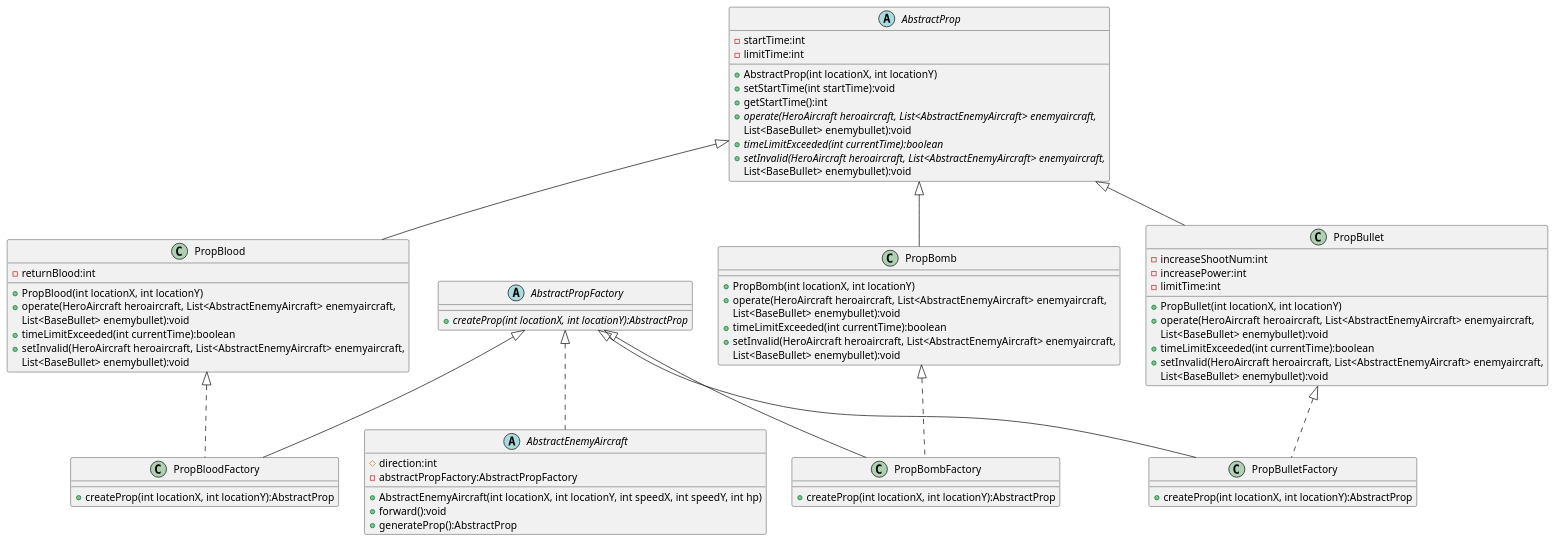
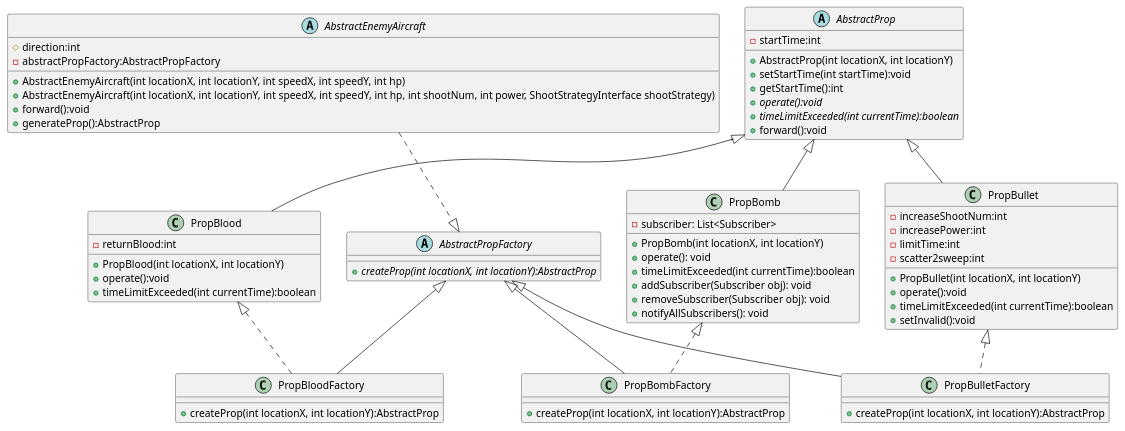
The diagram in uml/PropFactory.puml (2020lwh567/AircraftWar), drawn with PlantUML before and after one commit. The commit also changed 21 other files, not shown here.

Commit message:
修改类图和部分参数

```diff
--- a/uml/PropFactory.puml
+++ b/uml/PropFactory.puml
@@ -1,92 +1,83 @@
 @startuml
 'https://plantuml.com/class-diagram
 
  abstract class AbstractEnemyAircraft
  {
     # direction:int
     - abstractPropFactory:AbstractPropFactory
     + AbstractEnemyAircraft(int locationX, int locationY, int speedX, int speedY, int hp)
+    + AbstractEnemyAircraft(int locationX, int locationY, int speedX, int speedY, int hp, int shootNum, int power, ShootStrategyInterface shootStrategy)
     + forward():void
     + generateProp():AbstractProp
  }
 
 abstract class AbstractProp
 {
     - startTime:int
-    - limitTime:int
     + AbstractProp(int locationX, int locationY)
     + setStartTime(int startTime):void
     + getStartTime():int
-    + {abstract} operate(HeroAircraft heroaircraft, List<AbstractEnemyAircraft> enemyaircraft,
-     List<BaseBullet> enemybullet):void
+    + {abstract} operate():void
     + {abstract} timeLimitExceeded(int currentTime):boolean
-    + {abstract} setInvalid(HeroAircraft heroaircraft, List<AbstractEnemyAircraft> enemyaircraft,
-    List<BaseBullet> enemybullet):void
+    + forward():void
 }
 
 abstract class AbstractPropFactory
 {
     + {abstract} createProp(int locationX, int locationY):AbstractProp
 }
 
 AbstractPropFactory <|-- PropBloodFactory
 AbstractPropFactory <|-- PropBombFactory
 AbstractPropFactory <|-- PropBulletFactory
 
-AbstractPropFactory <|.. AbstractEnemyAircraft
+AbstractPropFactory <|.up. AbstractEnemyAircraft
 PropBomb <|.. PropBombFactory
 PropBullet <|.. PropBulletFactory
 PropBlood <|.. PropBloodFactory
 
 AbstractProp <|-- PropBlood
 AbstractProp <|-- PropBomb
 AbstractProp <|-- PropBullet
 
-
-
-
-
 class PropBlood {
     - returnBlood:int
     + PropBlood(int locationX, int locationY)
-    + operate(HeroAircraft heroaircraft, List<AbstractEnemyAircraft> enemyaircraft,
-    List<BaseBullet> enemybullet):void
+    + operate():void
     + timeLimitExceeded(int currentTime):boolean
-    + setInvalid(HeroAircraft heroaircraft, List<AbstractEnemyAircraft> enemyaircraft,
-    List<BaseBullet> enemybullet):void
 }
 
 class PropBomb {
+    - subscriber: List<Subscriber>
     + PropBomb(int locationX, int locationY)
-    + operate(HeroAircraft heroaircraft, List<AbstractEnemyAircraft> enemyaircraft,
-    List<BaseBullet> enemybullet):void
+    + operate(): void
     + timeLimitExceeded(int currentTime):boolean
-    + setInvalid(HeroAircraft heroaircraft, List<AbstractEnemyAircraft> enemyaircraft,
-    List<BaseBullet> enemybullet):void
+    + addSubscriber(Subscriber obj): void
+    + removeSubscriber(Subscriber obj): void
+    + notifyAllSubscribers(): void
 }
 
 class PropBullet {
     - increaseShootNum:int
     - increasePower:int
     - limitTime:int
+    - scatter2sweep:int
     + PropBullet(int locationX, int locationY)
-    + operate(HeroAircraft heroaircraft, List<AbstractEnemyAircraft> enemyaircraft,
-    List<BaseBullet> enemybullet):void
+    + operate():void
     + timeLimitExceeded(int currentTime):boolean
-    + setInvalid(HeroAircraft heroaircraft, List<AbstractEnemyAircraft> enemyaircraft,
-    List<BaseBullet> enemybullet):void
+    + setInvalid():void
 }
 
 class PropBloodFactory{
     + createProp(int locationX, int locationY):AbstractProp
 }
 
 class PropBombFactory{
     + createProp(int locationX, int locationY):AbstractProp
 }
 
 class PropBulletFactory{
     + createProp(int locationX, int locationY):AbstractProp
 }
 
 @enduml
```
